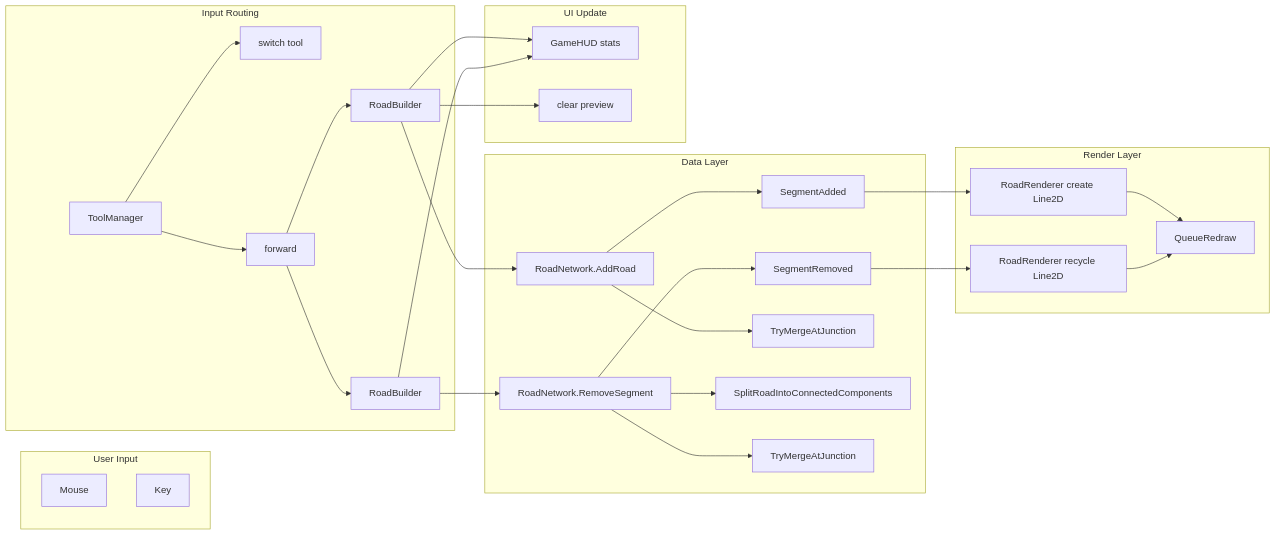
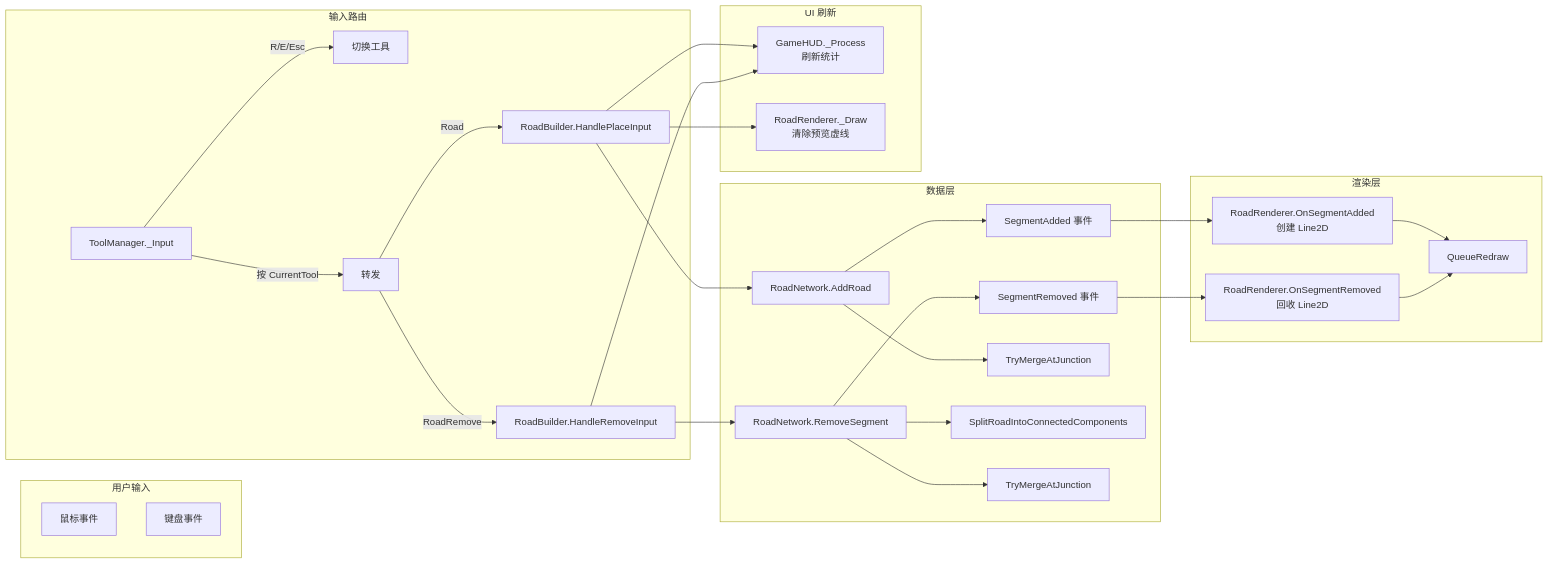
One commit to xianfishyu/SimpleCities changed the ninth of 9 diagrams in docs/game-logic.md. Above: the diagram before and after it, drawn with Mermaid. The commit also changed other lines of this file, not shown here.

First line of the commit message:
#重写：图2/3/5改用flowchart替代sequenceDiagram/stateDiagram

````diff
--- a/docs/game-logic.md
+++ b/docs/game-logic.md
@@ -328,38 +378,38 @@
 ```mermaid
 flowchart LR
-    subgraph Input["User Input"]
-        Mouse
-        Key
+    subgraph Input["用户输入"]
+        Mouse[鼠标事件]
+        Key[键盘事件]
     end
 
-    subgraph Routing["Input Routing"]
-        TM[ToolManager]
-        TM --> TM2[switch tool]
-        TM --> Fwd[forward]
-        Fwd --> Place[RoadBuilder]
-        Fwd --> Remove[RoadBuilder]
+    subgraph Routing["输入路由"]
+        TM[ToolManager._Input]
+        TM -->|R/E/Esc| TM_Self[切换工具]
+        TM -->|按 CurrentTool| Forward[转发]
+        Forward -->|Road| Place[RoadBuilder.HandlePlaceInput]
+        Forward -->|RoadRemove| Remove[RoadBuilder.HandleRemoveInput]
     end
 
-    subgraph Data["Data Layer"]
-        Place --> Add[RoadNetwork.AddRoad]
-        Remove --> Del[RoadNetwork.RemoveSegment]
-        Add --> E1[SegmentAdded]
-        Del --> E2[SegmentRemoved]
-        Add --> M1[TryMergeAtJunction]
-        Del --> Split[SplitRoadIntoConnectedComponents]
-        Del --> M2[TryMergeAtJunction]
+    subgraph Data["数据层"]
+        Place --> Add["RoadNetwork.AddRoad"]
+        Remove --> Del["RoadNetwork.RemoveSegment"]
+        Add --> Event1["SegmentAdded 事件"]
+        Del --> Event2["SegmentRemoved 事件"]
+        Add --> Merge["TryMergeAtJunction"]
+        Del --> Split["SplitRoadIntoConnectedComponents"]
+        Del --> Merge2["TryMergeAtJunction"]
     end
 
-    subgraph Render["Render Layer"]
-        E1 --> RR1[RoadRenderer create Line2D]
-        E2 --> RR2[RoadRenderer recycle Line2D]
-        RR1 --> Draw[QueueRedraw]
-        RR2 --> Draw
+    subgraph Render["渲染层"]
+        Event1 --> RR_Add["RoadRenderer.OnSegmentAdded<br/>创建 Line2D"]
+        Event2 --> RR_Del["RoadRenderer.OnSegmentRemoved<br/>回收 Line2D"]
+        RR_Add --> Draw["QueueRedraw"]
+        RR_Del --> Draw
     end
 
-    subgraph UI["UI Update"]
-        Place --> HUD[GameHUD stats]
+    subgraph UI["UI 刷新"]
+        Place --> HUD["GameHUD._Process<br/>刷新统计"]
         Remove --> HUD
-        Place --> Preview[clear preview]
+        Place --> Preview["RoadRenderer._Draw<br/>清除预览虚线"]
     end
 ```
````
